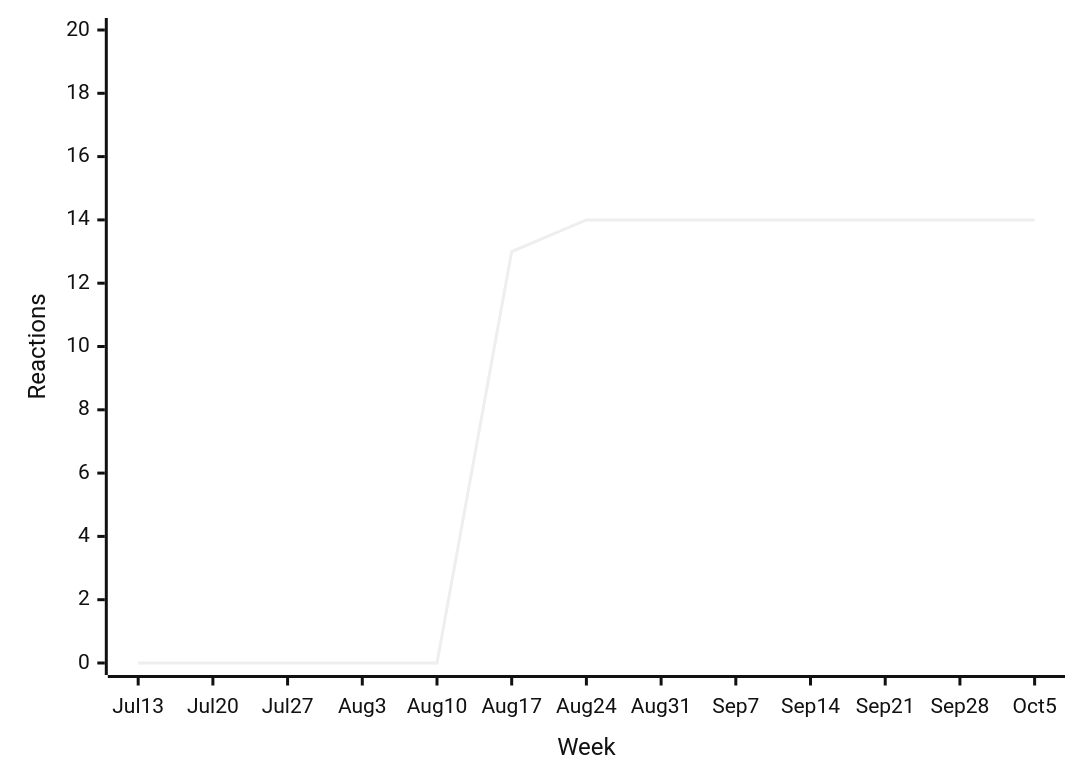
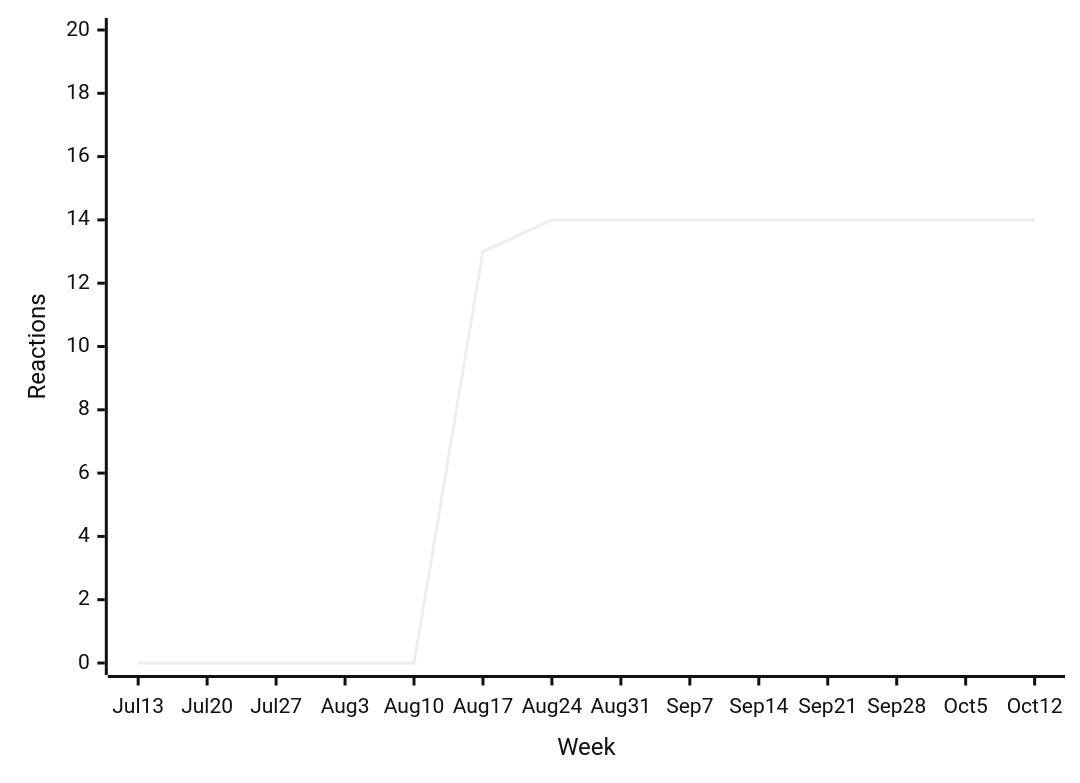
One commit to loic-sharma/github-insights changed the tenth of 35 diagrams in README.md. Above: the diagram before and after it, drawn with Mermaid (neutral theme). The commit also changed other lines of this file and 3 other files, not shown here.

````diff
--- a/README.md
+++ b/README.md
@@ -477,6 +477,6 @@
   ```mermaid
   xychart-beta
-    x-axis "Week" [Jul 13, Jul 20, Jul 27, Aug 3, Aug 10, Aug 17, Aug 24, Aug 31, Sep 7, Sep 14, Sep 21, Sep 28, Oct 5]
+    x-axis "Week" [Jul 13, Jul 20, Jul 27, Aug 3, Aug 10, Aug 17, Aug 24, Aug 31, Sep 7, Sep 14, Sep 21, Sep 28, Oct 5, Oct 12]
     y-axis "Reactions" 0 --> 20
-    line [0, 0, 0, 0, 0, 13, 14, 14, 14, 14, 14, 14, 14]
+    line [0, 0, 0, 0, 0, 13, 14, 14, 14, 14, 14, 14, 14, 14]
   ```
````
